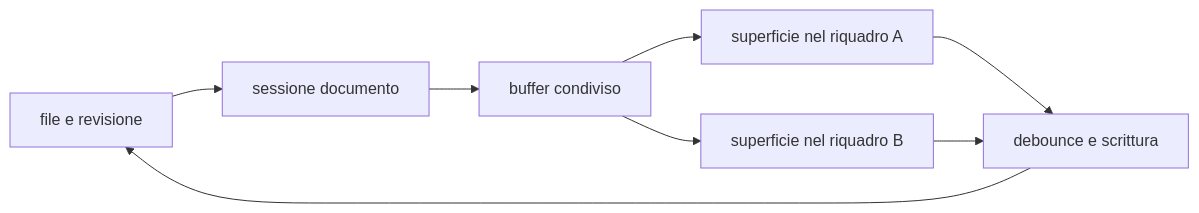
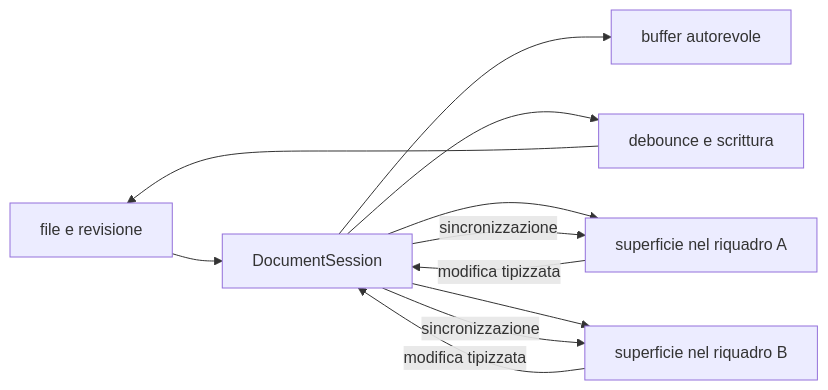
One commit to Fubeo/Fub changed the diagram in docs/product/editor-and-preview.md. Above: the diagram before and after it, drawn with Mermaid. The commit also changed other lines of this file and 2 other files, not shown here.

Commit message:
docs: align document session ownership

````diff
--- a/docs/product/editor-and-preview.md
+++ b/docs/product/editor-and-preview.md
@@ -19,10 +20,13 @@
 ```mermaid
 flowchart LR
-    FILE["file e revisione"] --> SESSION["sessione documento"]
-    SESSION --> BUFFER["buffer condiviso"]
-    BUFFER --> SURFACE_A["superficie nel riquadro A"]
-    BUFFER --> SURFACE_B["superficie nel riquadro B"]
-    SURFACE_A --> SAVE["debounce e scrittura"]
-    SURFACE_B --> SAVE
+    FILE["file e revisione"] --> SESSION["DocumentSession"]
+    SESSION --> BUFFER["buffer autorevole"]
+    SESSION --> SAVE["debounce e scrittura"]
+    SESSION --> SURFACE_A["superficie nel riquadro A"]
+    SESSION --> SURFACE_B["superficie nel riquadro B"]
+    SURFACE_A -->|modifica tipizzata| SESSION
+    SURFACE_B -->|modifica tipizzata| SESSION
+    SESSION -->|sincronizzazione| SURFACE_A
+    SESSION -->|sincronizzazione| SURFACE_B
     SAVE --> FILE
 ```
````
